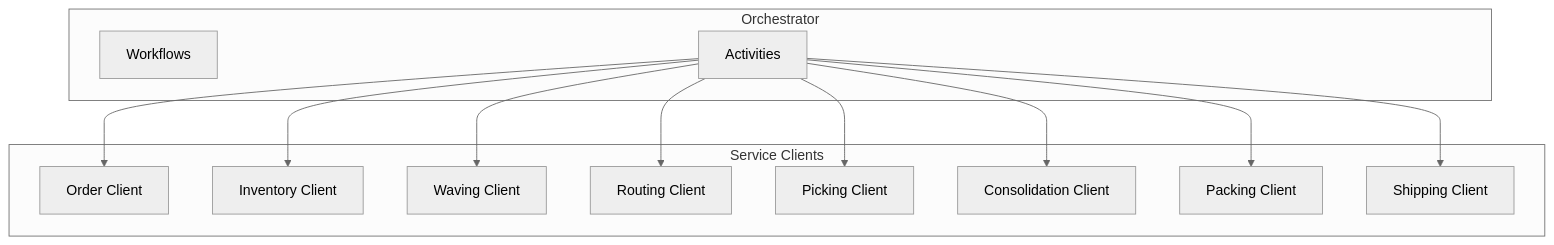
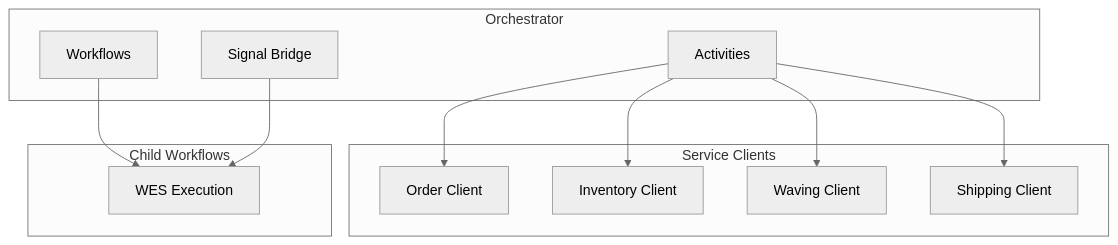
The fourth of 5 diagrams in ecosystem-documentation/docs/services/orchestrator.md (temporal-wms/wms-platform), drawn with Mermaid (neutral theme) before and after one commit. The commit also changed other lines of this file and 23 other files, not shown here.

````diff
--- a/ecosystem-documentation/docs/services/orchestrator.md
+++ b/ecosystem-documentation/docs/services/orchestrator.md
@@ -111,27 +140,26 @@
 ```mermaid
 graph TB
     subgraph "Orchestrator"
         Workflows[Workflows]
         Activities[Activities]
+        SignalBridge[Signal Bridge]
     end
 
     subgraph "Service Clients"
         OrderClient[Order Client]
         InventoryClient[Inventory Client]
         WavingClient[Waving Client]
-        RoutingClient[Routing Client]
-        PickingClient[Picking Client]
-        ConsolidationClient[Consolidation Client]
-        PackingClient[Packing Client]
         ShippingClient[Shipping Client]
+    end
+
+    subgraph "Child Workflows"
+        WES[WES Execution]
     end
 
     Activities --> OrderClient
     Activities --> InventoryClient
     Activities --> WavingClient
-    Activities --> RoutingClient
-    Activities --> PickingClient
-    Activities --> ConsolidationClient
-    Activities --> PackingClient
     Activities --> ShippingClient
+    Workflows --> WES
+    SignalBridge --> WES
 ```
````
